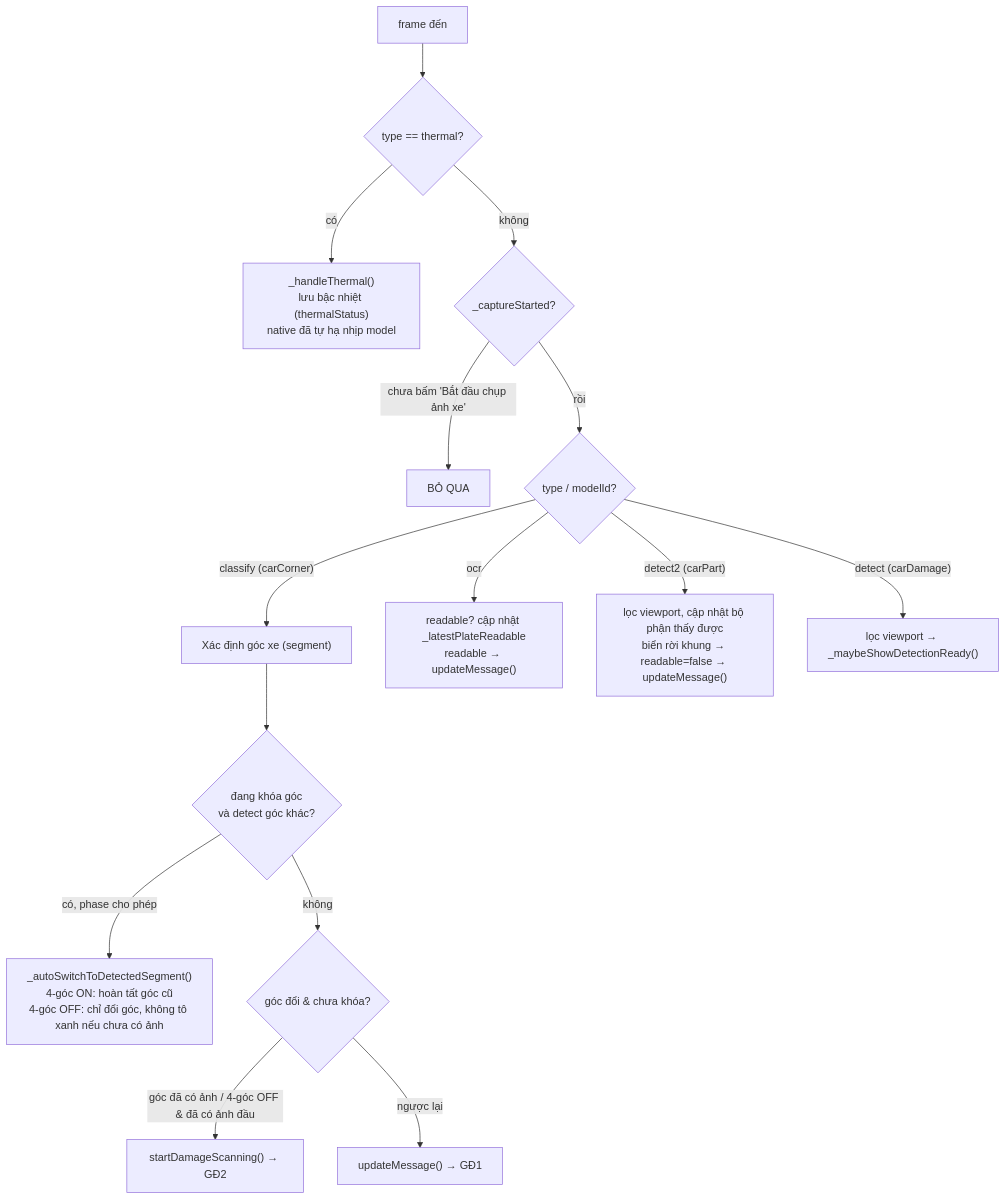
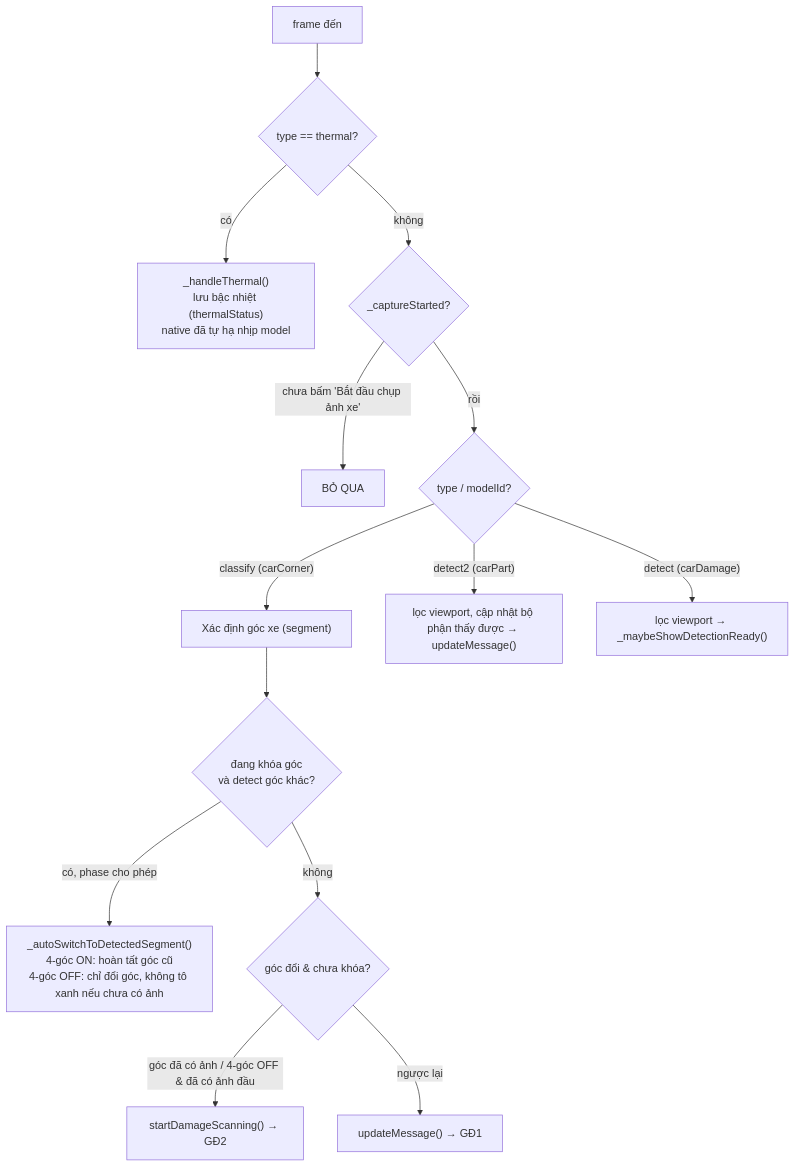
One commit to Aicycle-Insurance/aicycle_on_device changed the second of 9 diagrams in CAMERA_CONTROLLER.md. Above: the diagram before and after it, drawn with Mermaid. The commit also changed other lines of this file and 19 other files, not shown here.

````diff
--- a/CAMERA_CONTROLLER.md
+++ b/CAMERA_CONTROLLER.md
@@ -33,19 +33,18 @@
 ```mermaid
 flowchart TD
     F["frame đến"] --> TH{"type == thermal?"}
     TH -->|"có"| THM["_handleThermal()<br/>lưu bậc nhiệt (thermalStatus)<br/>native đã tự hạ nhịp model"]
     TH -->|"không"| G{"_captureStarted?"}
     G -->|"chưa bấm 'Bắt đầu chụp ảnh xe'"| SKIP["BỎ QUA"]
     G -->|rồi| T{"type / modelId?"}
 
     T -->|"classify (carCorner)"| C["Xác định góc xe (segment)"]
     C --> C0{"đang khóa góc<br/>và detect góc khác?"}
     C0 -->|"có, phase cho phép"| C4["_autoSwitchToDetectedSegment()<br/>4-góc ON: hoàn tất góc cũ<br/>4-góc OFF: chỉ đổi góc, không tô xanh nếu chưa có ảnh"]
     C0 -->|"không"| C1{"góc đổi & chưa khóa?"}
     C1 -->|"góc đã có ảnh / 4-góc OFF & đã có ảnh đầu"| C2["startDamageScanning() → GĐ2"]
     C1 -->|"ngược lại"| C3["updateMessage() → GĐ1"]
 
-    T -->|"ocr"| O["readable? cập nhật _latestPlateReadable<br/>readable → updateMessage()"]
-    T -->|"detect2 (carPart)"| P["lọc viewport, cập nhật bộ phận thấy được<br/>biển rời khung → readable=false → updateMessage()"]
+    T -->|"detect2 (carPart)"| P["lọc viewport, cập nhật bộ phận thấy được → updateMessage()"]
     T -->|"detect (carDamage)"| D["lọc viewport → _maybeShowDetectionReady()"]
 ```
````
